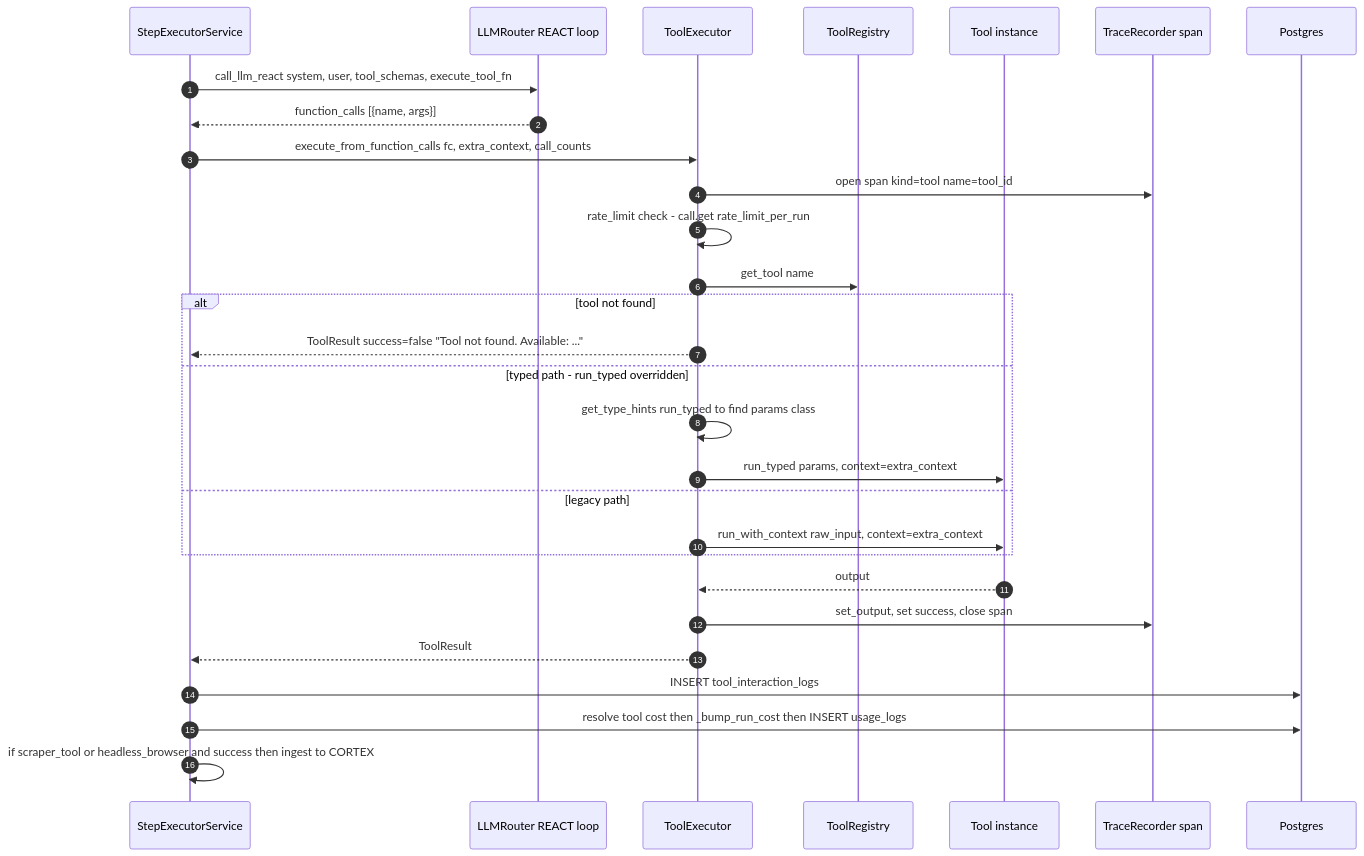
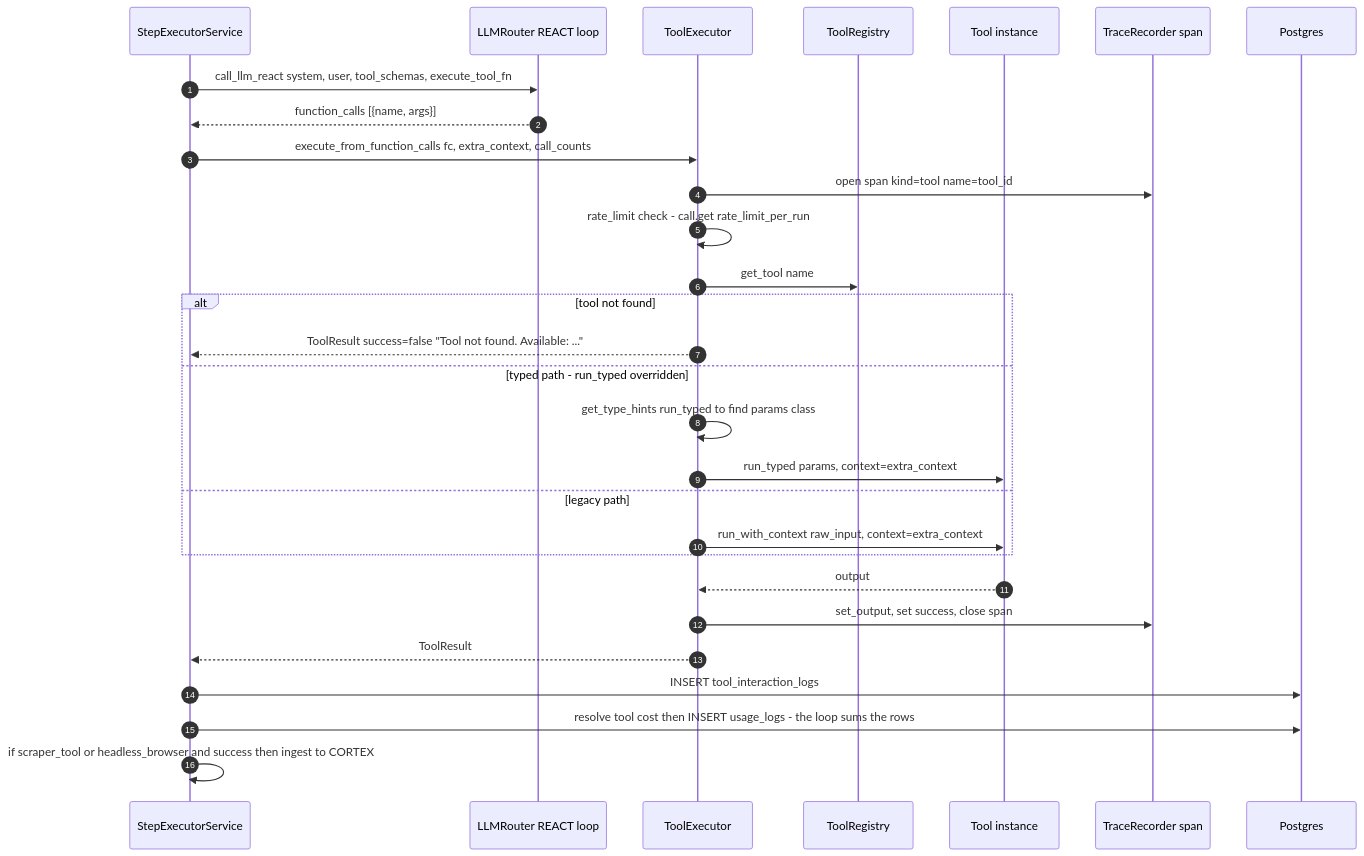
Diagram 12 of 20 in docs/current/06-execution-pipeline.md (gondolerahul/hire-buddha-app), drawn with Mermaid before and after one commit. The commit also changed other lines of this file and 26 other files, not shown here.

````diff
--- a/docs/current/06-execution-pipeline.md
+++ b/docs/current/06-execution-pipeline.md
@@ -1365,32 +1365,32 @@
 ```mermaid
 sequenceDiagram
     autonumber
     participant SE as StepExecutorService
     participant LR as LLMRouter REACT loop
     participant TX as ToolExecutor
     participant TR as ToolRegistry
     participant TL as Tool instance
     participant SP as TraceRecorder span
     participant DB as Postgres
 
     SE->>LR: call_llm_react system, user, tool_schemas, execute_tool_fn
     LR-->>SE: function_calls [{name, args}]
     SE->>TX: execute_from_function_calls fc, extra_context, call_counts
     TX->>SP: open span kind=tool name=tool_id
     TX->>TX: rate_limit check - call.get rate_limit_per_run
     TX->>TR: get_tool name
     alt tool not found
         TX-->>SE: ToolResult success=false "Tool not found. Available: ..."
     else typed path - run_typed overridden
         TX->>TX: get_type_hints run_typed to find params class
         TX->>TL: run_typed params, context=extra_context
     else legacy path
         TX->>TL: run_with_context raw_input, context=extra_context
     end
     TL-->>TX: output
     TX->>SP: set_output, set success, close span
     TX-->>SE: ToolResult
     SE->>DB: INSERT tool_interaction_logs
-    SE->>DB: resolve tool cost then _bump_run_cost then INSERT usage_logs
+    SE->>DB: resolve tool cost then INSERT usage_logs - the loop sums the rows
     SE->>SE: if scraper_tool or headless_browser and success then ingest to CORTEX
 ```
````
